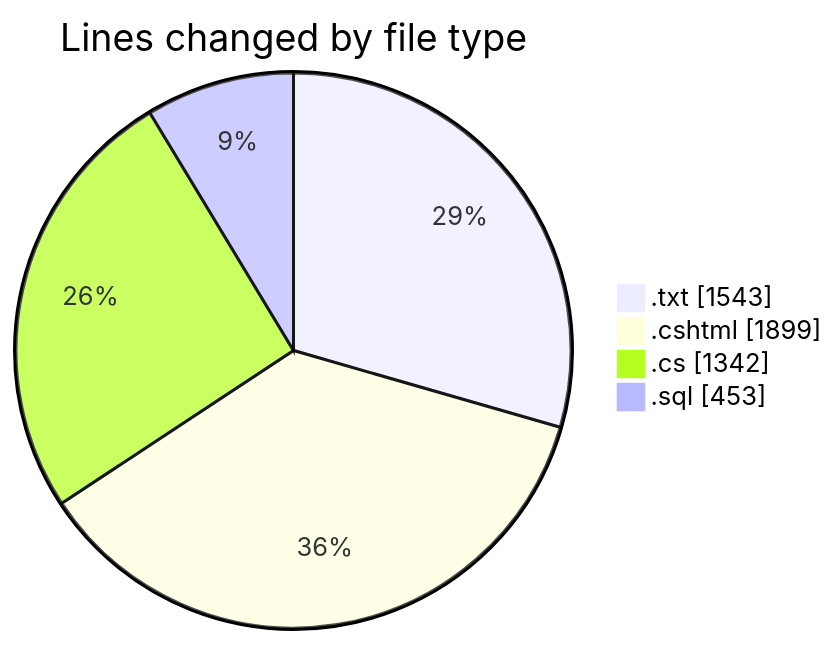
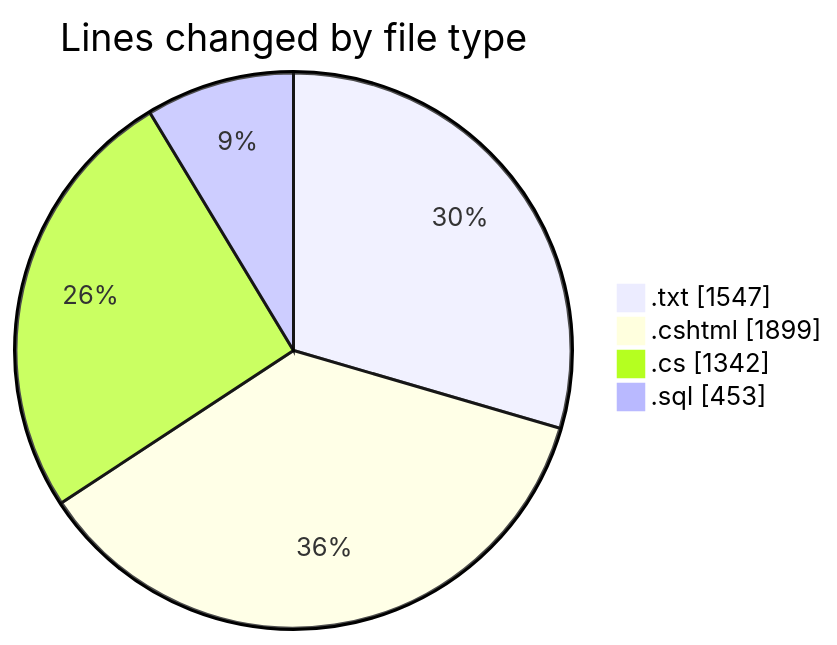
Before and after one commit to lephambinh05/code-tracking: the first of 2 diagrams in 2025-07-25/quanlyrapchieuphim-1/README.md, drawn with Mermaid. The commit also changed other lines of this file and 1 other file, not shown here.

````diff
--- a/2025-07-25/quanlyrapchieuphim-1/README.md
+++ b/2025-07-25/quanlyrapchieuphim-1/README.md
@@ -25,8 +25,8 @@
 ```mermaid
 pie showData
 title Lines changed by file type
-".txt" : 1543
+".txt" : 1547
 ".cshtml" : 1899
 ".cs" : 1342
 ".sql" : 453
 ```
````
